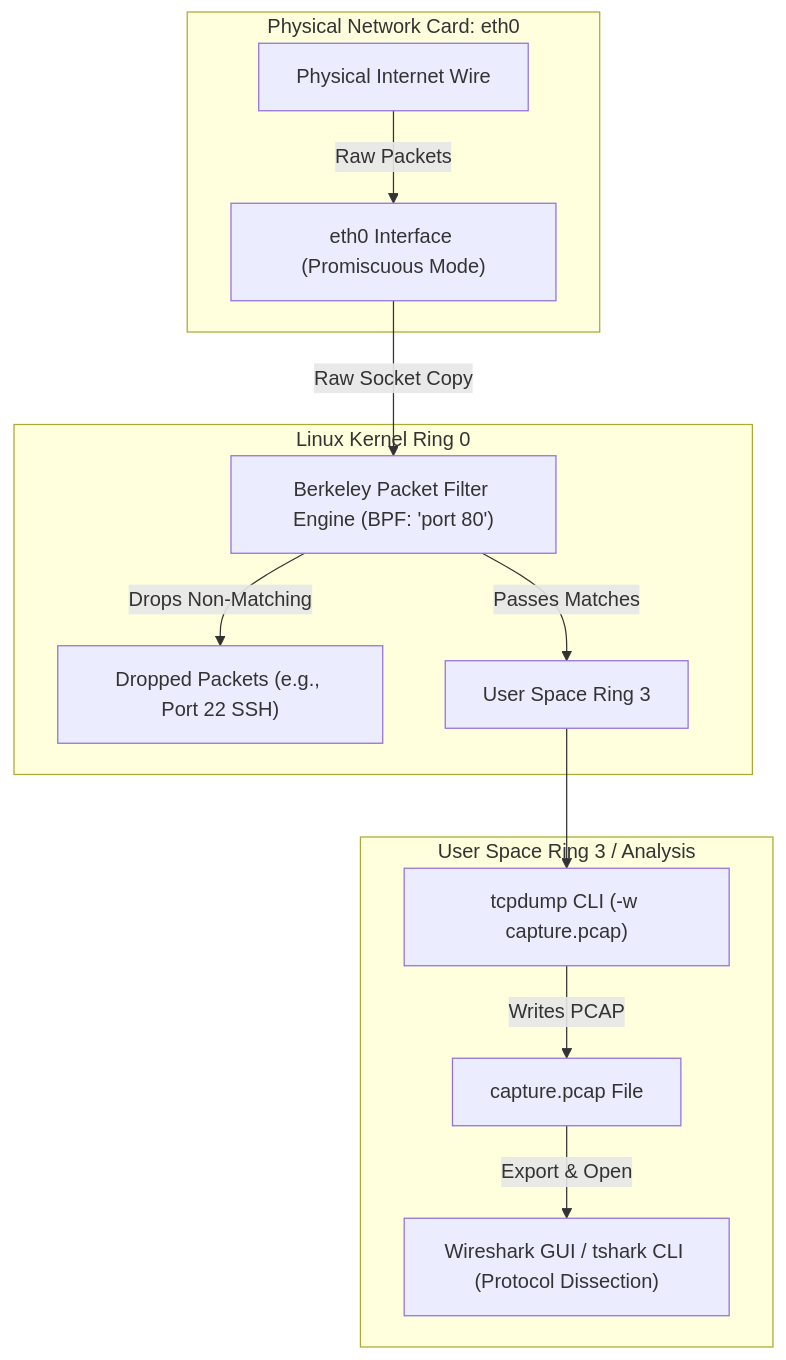
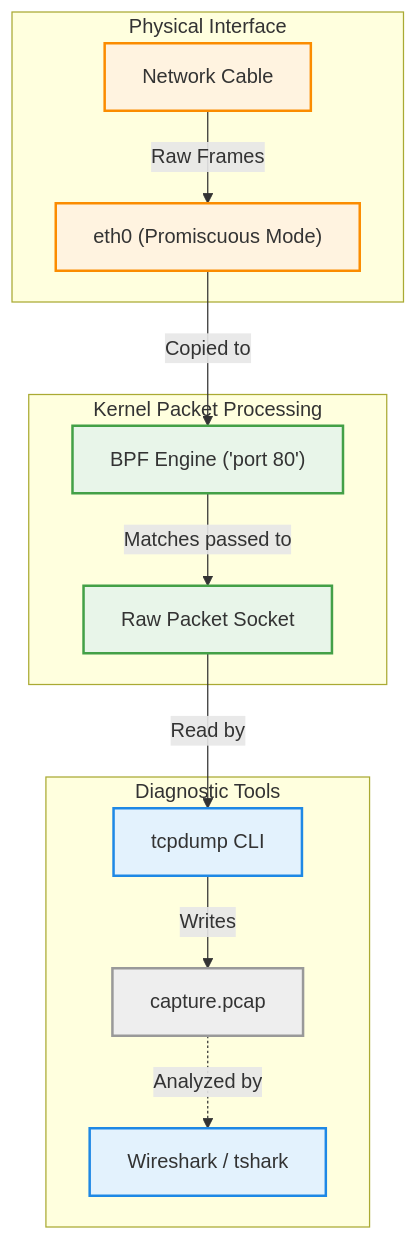
Before and after one commit to aloysiuspattath/platform-engineering-ai-course: the diagram in website/pages/courses/platform-engineering/modules/module-04/lesson-06.md, drawn with Mermaid. The commit also changed 114 other files, not shown here.

Commit message:
refactor: massive swarm diagram review enforcing architectural layers and strict color palette

````diff
--- a/website/pages/courses/platform-engineering/modules/module-04/lesson-06.md
+++ b/website/pages/courses/platform-engineering/modules/module-04/lesson-06.md
@@ -94,18 +94,30 @@
 ```mermaid
 flowchart TD
-    subgraph NetworkInterface [Physical Network Card: eth0]
-        WIRE["Physical Internet Wire"] -->|Raw Packets| ETH0["eth0 Interface (Promiscuous Mode)"]
+    classDef userSpace fill:#e3f2fd,stroke:#1e88e5,stroke-width:2px;
+    classDef kernelSpace fill:#e8f5e9,stroke:#43a047,stroke-width:2px;
+    classDef hardware fill:#fff3e0,stroke:#fb8c00,stroke-width:2px;
+    classDef file fill:#eeeeee,stroke:#999999,stroke-width:2px;
+
+    subgraph UserSpace [Diagnostic Tools]
+        TCPDUMP["tcpdump CLI"]:::userSpace
+        WIRESHARK["Wireshark / tshark"]:::userSpace
+        FILE["capture.pcap"]:::file
     end
 
-    subgraph KernelEngine [Linux Kernel Ring 0]
-        ETH0 -->|Raw Socket Copy| BPF["Berkeley Packet Filter Engine (BPF: 'port 80')"]
-        BPF -->|Drops Non-Matching| DROP["Dropped Packets (e.g., Port 22 SSH)"]
-        BPF -->|Passes Matches| RING3["User Space Ring 3"]
+    subgraph KernelSpace [Kernel Packet Processing]
+        BPF["BPF Engine ('port 80')"]:::kernelSpace
+        SOCK["Raw Packet Socket"]:::kernelSpace
     end
 
-    subgraph UserSpace [User Space Ring 3 / Analysis]
-        RING3 --> TCPDUMP["tcpdump CLI (-w capture.pcap)"]
-        TCPDUMP -->|Writes PCAP| FILE["capture.pcap File"]
-        FILE -->|Export & Open| WIRESHARK["Wireshark GUI / tshark CLI (Protocol Dissection)"]
+    subgraph Hardware [Physical Interface]
+        ETH0["eth0 (Promiscuous Mode)"]:::hardware
+        WIRE["Network Cable"]:::hardware
     end
+
+    WIRE -->|Raw Frames| ETH0
+    ETH0 -->|Copied to| BPF
+    BPF -->|Matches passed to| SOCK
+    SOCK -->|Read by| TCPDUMP
+    TCPDUMP -->|Writes| FILE
+    FILE -.->|Analyzed by| WIRESHARK
 ```
````
